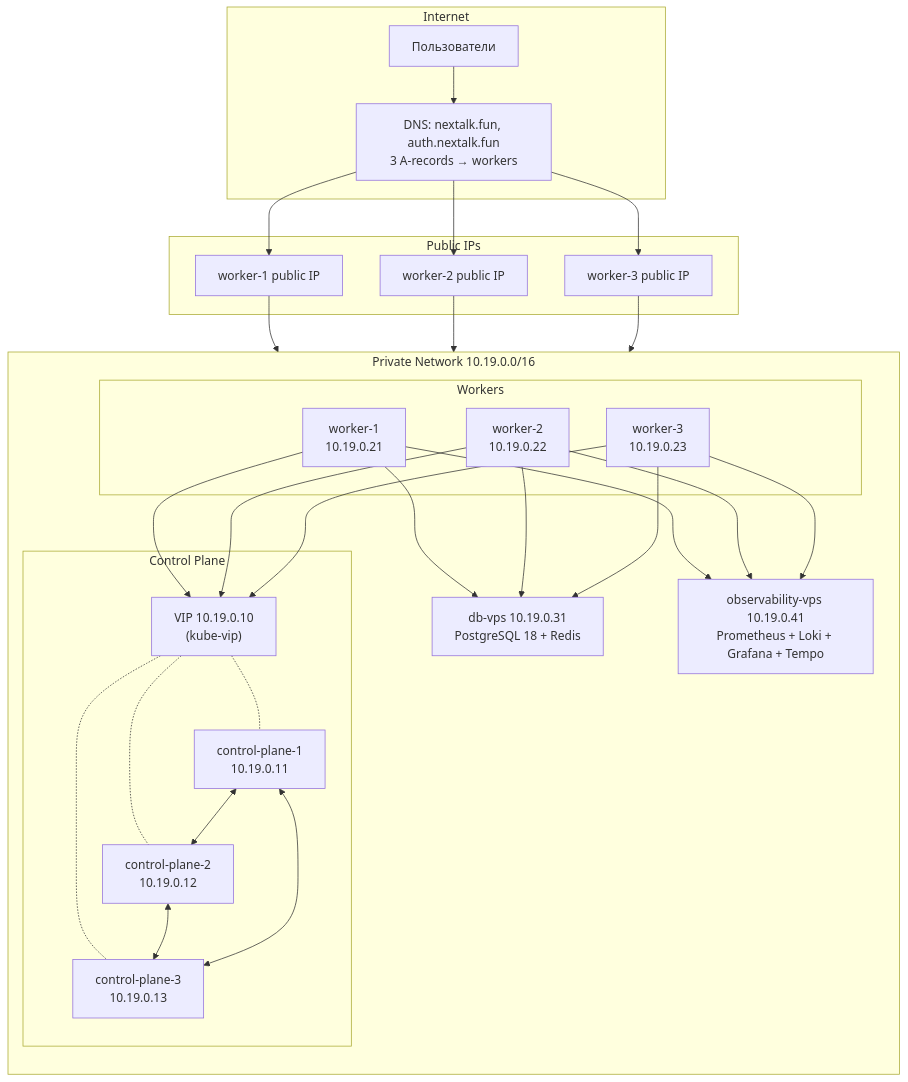
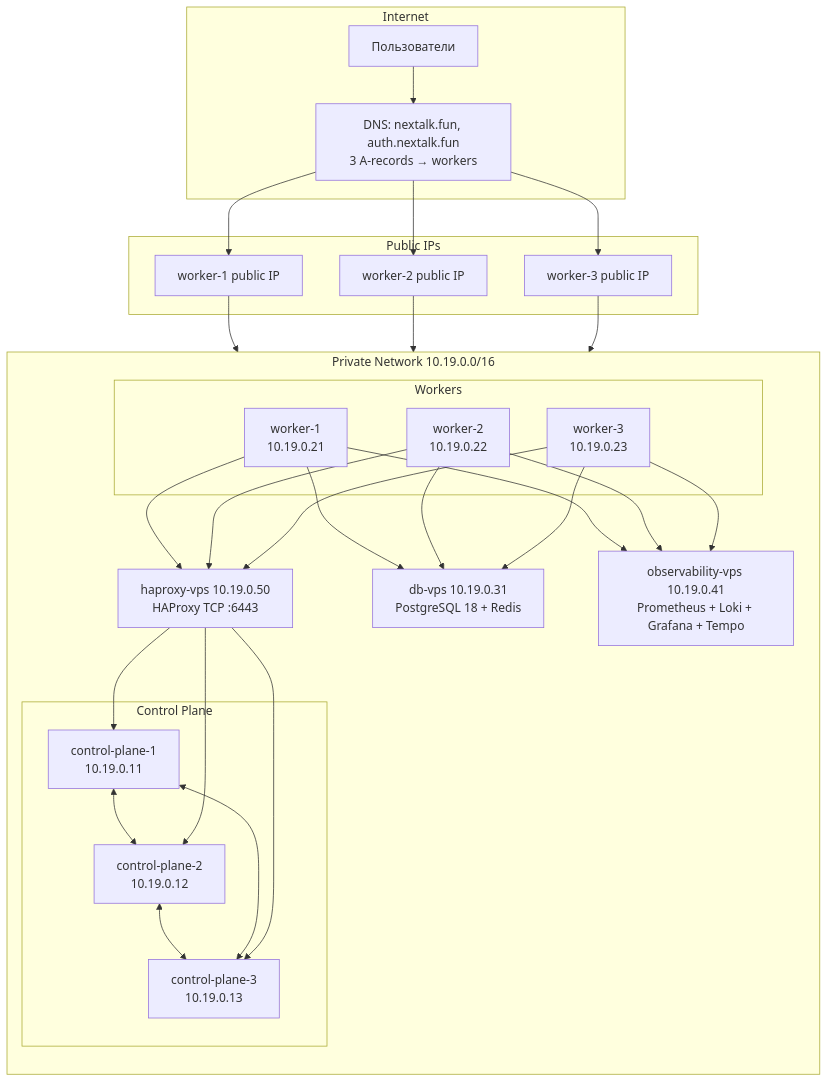
One commit to nextalkhub/NexTalk changed the diagram in docs/deployment.md. Above: the diagram before and after it, drawn with Mermaid. The commit also changed other lines of this file and 17 other files, not shown here.

Commit message:
infra: заменить kube-vip на HAProxy для HA apiserver endpoint

````diff
--- a/docs/deployment.md
+++ b/docs/deployment.md
@@ -59,57 +59,58 @@
 ```mermaid
 graph TB
     subgraph "Internet"
         U[Пользователи]
         DNS["DNS: nextalk.fun, auth.nextalk.fun<br/>3 A-records → workers"]
     end
 
     subgraph "Public IPs"
         W1Pub["worker-1 public IP"]
         W2Pub["worker-2 public IP"]
         W3Pub["worker-3 public IP"]
     end
 
     subgraph "Private Network 10.19.0.0/16"
         direction TB
 
+        LB["haproxy-vps 10.19.0.50<br/>HAProxy TCP :6443"]
+
         subgraph "Control Plane"
-            VIP["VIP 10.19.0.10<br/>(kube-vip)"]
             M1["control-plane-1<br/>10.19.0.11"]
             M2["control-plane-2<br/>10.19.0.12"]
             M3["control-plane-3<br/>10.19.0.13"]
-            VIP -.- M1
-            VIP -.- M2
-            VIP -.- M3
             M1 <--> M2
             M2 <--> M3
             M1 <--> M3
         end
 
         subgraph "Workers"
             W1["worker-1<br/>10.19.0.21"]
             W2["worker-2<br/>10.19.0.22"]
             W3["worker-3<br/>10.19.0.23"]
         end
 
         DB["db-vps 10.19.0.31<br/>PostgreSQL 18 + Redis"]
         OBS["observability-vps 10.19.0.41<br/>Prometheus + Loki + Grafana + Tempo"]
 
-        W1 --> VIP
-        W2 --> VIP
-        W3 --> VIP
+        LB --> M1
+        LB --> M2
+        LB --> M3
+        W1 --> LB
+        W2 --> LB
+        W3 --> LB
         W1 --> DB
         W2 --> DB
         W3 --> DB
         W1 --> OBS
         W2 --> OBS
         W3 --> OBS
     end
 
     U --> DNS
     DNS --> W1Pub
     DNS --> W2Pub
     DNS --> W3Pub
     W1Pub --> W1
     W2Pub --> W2
     W3Pub --> W3
 ```
````
